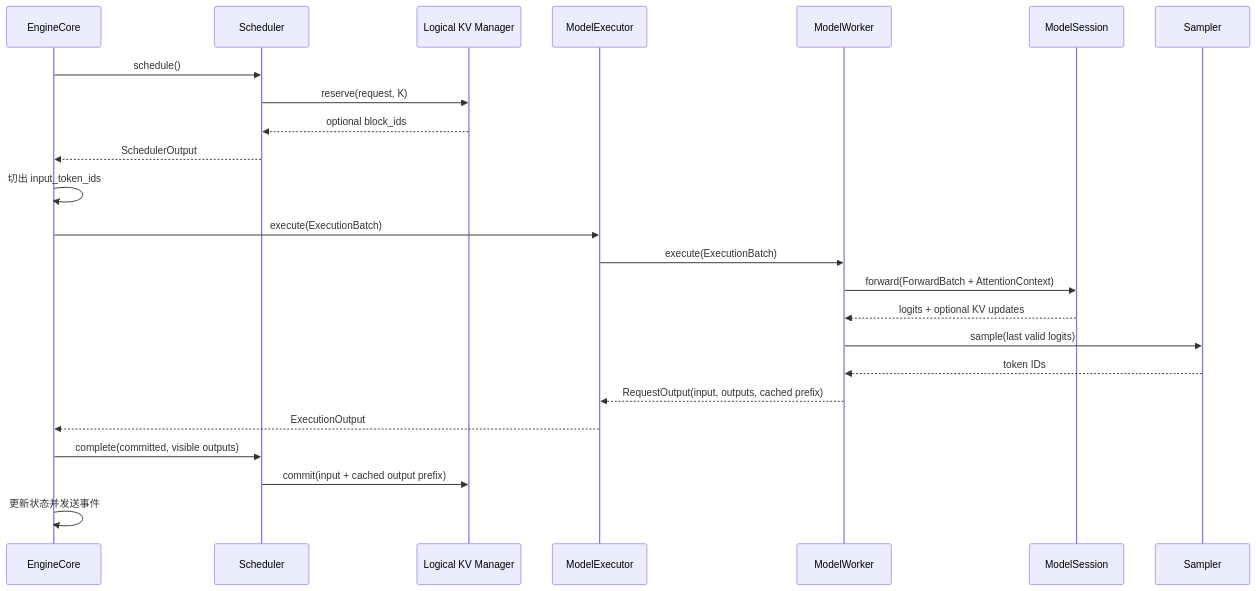
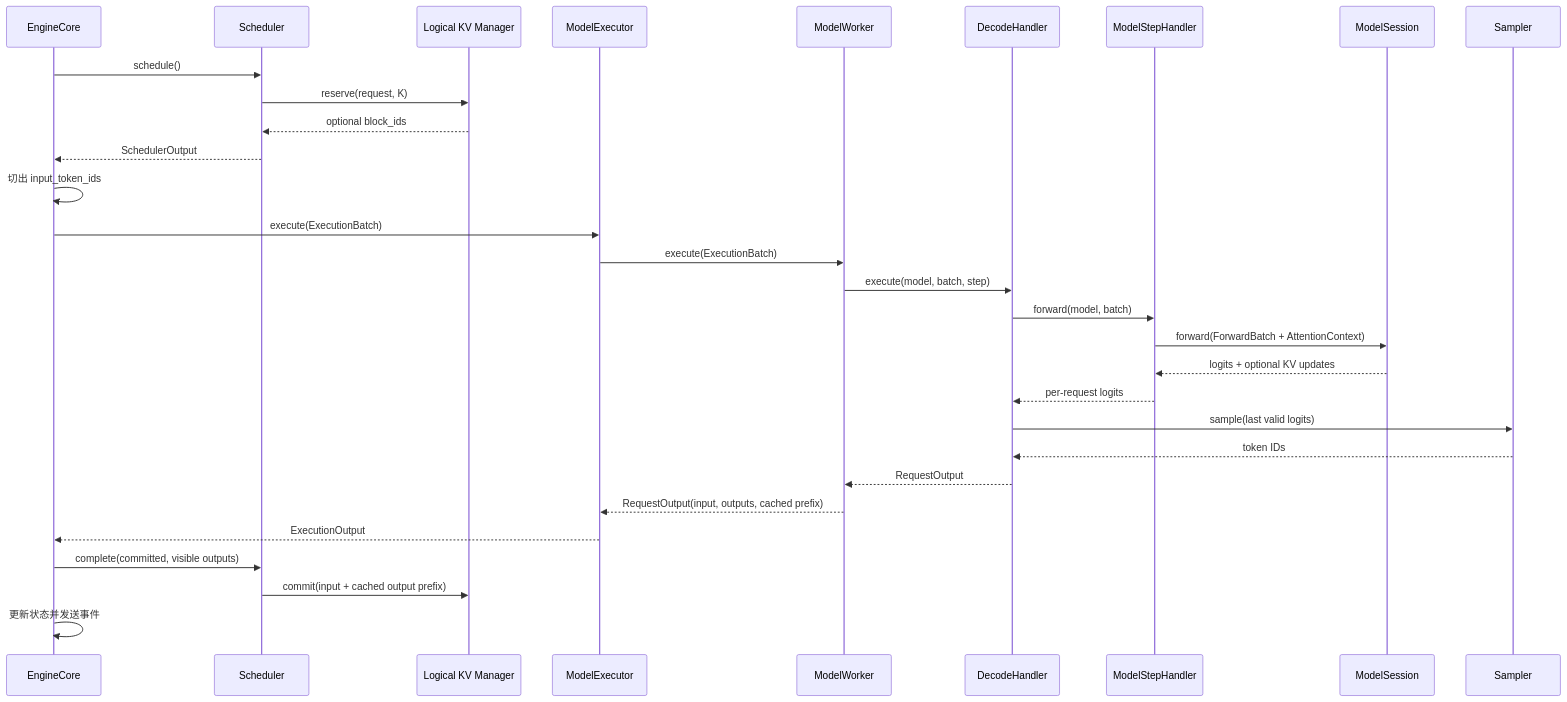
The second of 3 diagrams in docs/design.md (poorpaper/light-vllm), drawn with Mermaid before and after one commit. The commit also changed other lines of this file and 8 other files, not shown here.

````diff
--- a/docs/design.md
+++ b/docs/design.md
@@ -117,27 +123,33 @@
 ```mermaid
 sequenceDiagram
     participant E as EngineCore
     participant S as Scheduler
     participant K as Logical KV Manager
     participant X as ModelExecutor
     participant W as ModelWorker
+    participant D as DecodeHandler
+    participant H as ModelStepHandler
     participant M as ModelSession
     participant P as Sampler
 
     E->>S: schedule()
     S->>K: reserve(request, K)
     K-->>S: optional block_ids
     S-->>E: SchedulerOutput
     E->>E: 切出 input_token_ids
     E->>X: execute(ExecutionBatch)
     X->>W: execute(ExecutionBatch)
-    W->>M: forward(ForwardBatch + AttentionContext)
-    M-->>W: logits + optional KV updates
-    W->>P: sample(last valid logits)
-    P-->>W: token IDs
+    W->>D: execute(model, batch, step)
+    D->>H: forward(model, batch)
+    H->>M: forward(ForwardBatch + AttentionContext)
+    M-->>H: logits + optional KV updates
+    H-->>D: per-request logits
+    D->>P: sample(last valid logits)
+    P-->>D: token IDs
+    D-->>W: RequestOutput
     W-->>X: RequestOutput(input, outputs, cached prefix)
     X-->>E: ExecutionOutput
     E->>S: complete(committed, visible outputs)
     S->>K: commit(input + cached output prefix)
     E->>E: 更新状态并发送事件
 ```
````
